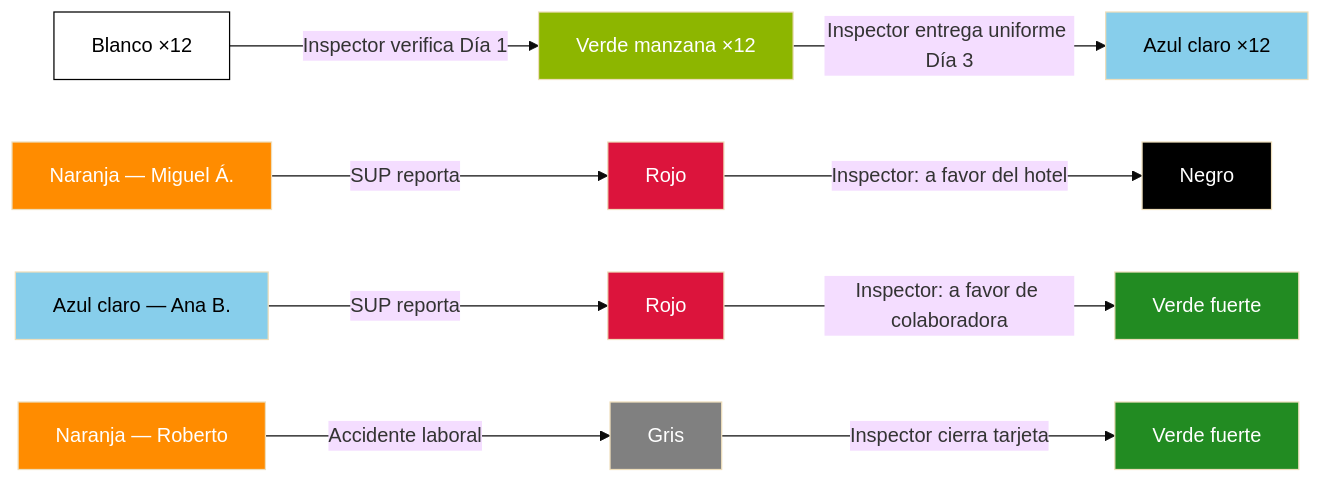
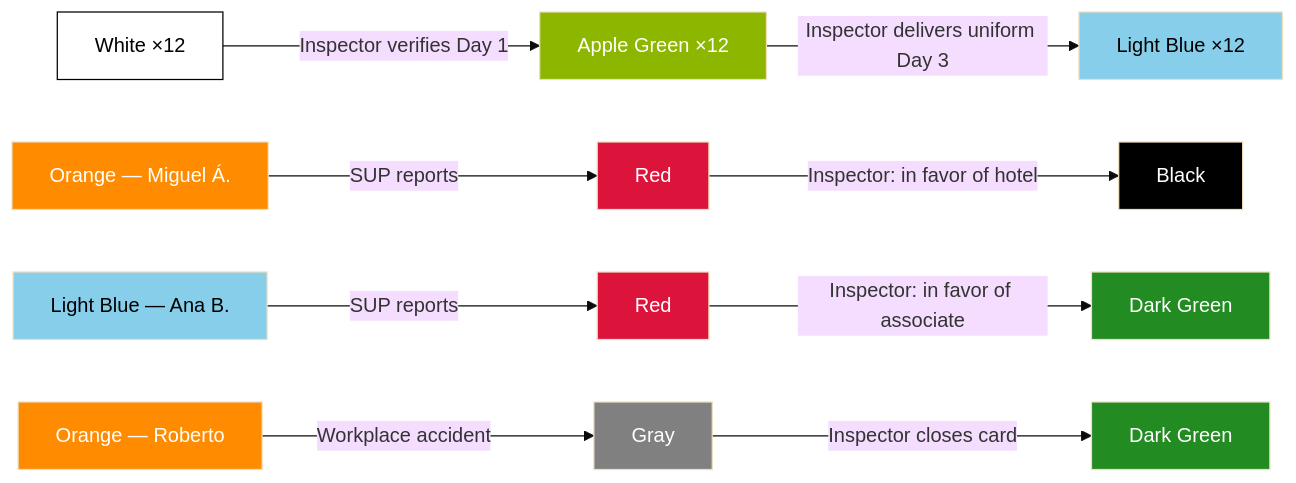
The diagram in Simulaciones/Simulación - Punto de Vista de Inspección.md (DevelopmentRWG/oranje-matrix-system), drawn with Mermaid (base theme) before and after one commit. The commit also changed other lines of this file and 6 other files, not shown here.

````diff
--- a/Simulaciones/Simulación - Punto de Vista de Inspección.md
+++ b/Simulaciones/Simulación - Punto de Vista de Inspección.md
@@ -405,27 +405,27 @@
 ```mermaid
 graph LR
-    B[Blanco ×12] -->|Inspector verifica Día 1| VM[Verde manzana ×12]
-    VM -->|Inspector entrega uniforme Día 3| AC[Azul claro ×12]
+    B[White ×12] -->|Inspector verifies Day 1| VM[Apple Green ×12]
+    VM -->|Inspector delivers uniform Day 3| AC[Light Blue ×12]
 
-    NA1[Naranja — Miguel Á.] -->|SUP reporta| R1[Rojo]
-    R1 -->|Inspector: a favor del hotel| Negro
+    NA1[Orange — Miguel Á.] -->|SUP reports| R1[Red]
+    R1 -->|Inspector: in favor of hotel| Black
 
-    AC2[Azul claro — Ana B.] -->|SUP reporta| R2[Rojo]
-    R2 -->|Inspector: a favor de colaboradora| VF1[Verde fuerte]
+    AC2[Light Blue — Ana B.] -->|SUP reports| R2[Red]
+    R2 -->|Inspector: in favor of associate| VF1[Dark Green]
 
-    NA2[Naranja — Roberto] -->|Accidente laboral| Gris
-    Gris -->|Inspector cierra tarjeta| VF2[Verde fuerte]
+    NA2[Orange — Roberto] -->|Workplace accident| Gray
+    Gray -->|Inspector closes card| VF2[Dark Green]
 
     style B fill:#FFFFFF,stroke:#000,color:#000
     style VM fill:#8DB600,color:#fff
     style AC fill:#87CEEB,color:#000
     style AC2 fill:#87CEEB,color:#000
     style NA1 fill:#FF8C00,color:#fff
     style NA2 fill:#FF8C00,color:#fff
     style R1 fill:#DC143C,color:#fff
     style R2 fill:#DC143C,color:#fff
-    style Negro fill:#000000,color:#fff
+    style Black fill:#000000,color:#fff
     style VF1 fill:#228B22,color:#fff
     style VF2 fill:#228B22,color:#fff
-    style Gris fill:#808080,color:#fff
+    style Gray fill:#808080,color:#fff
 ```
````
